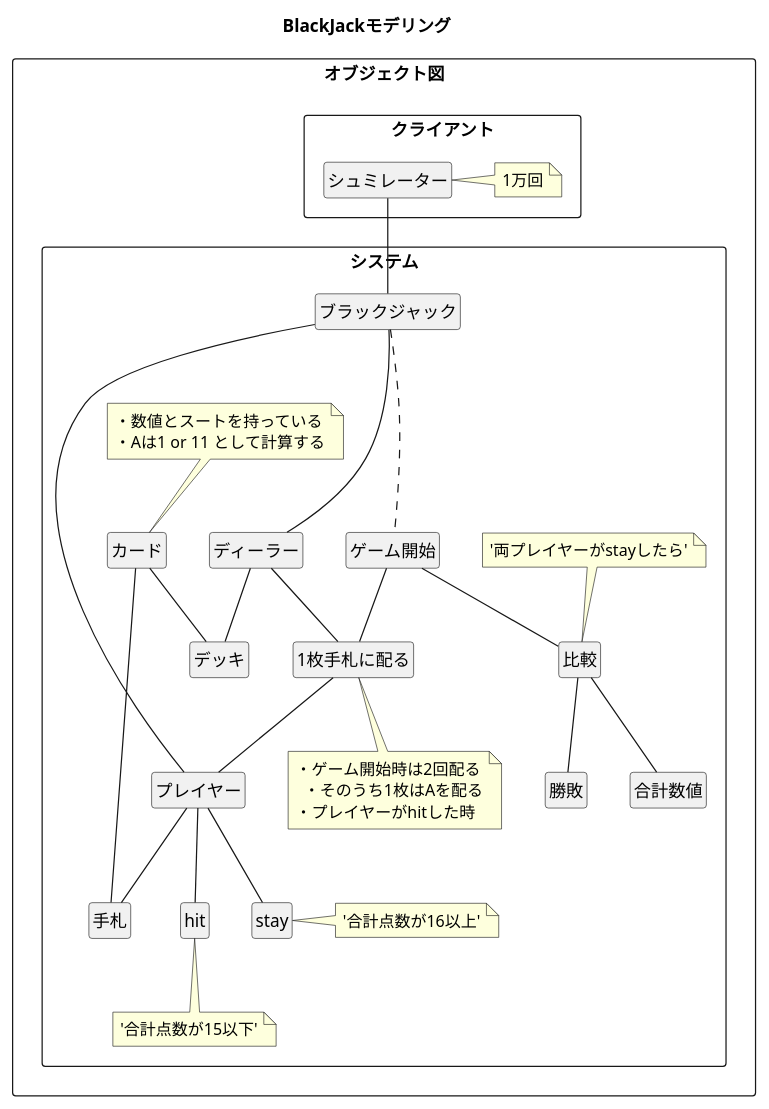
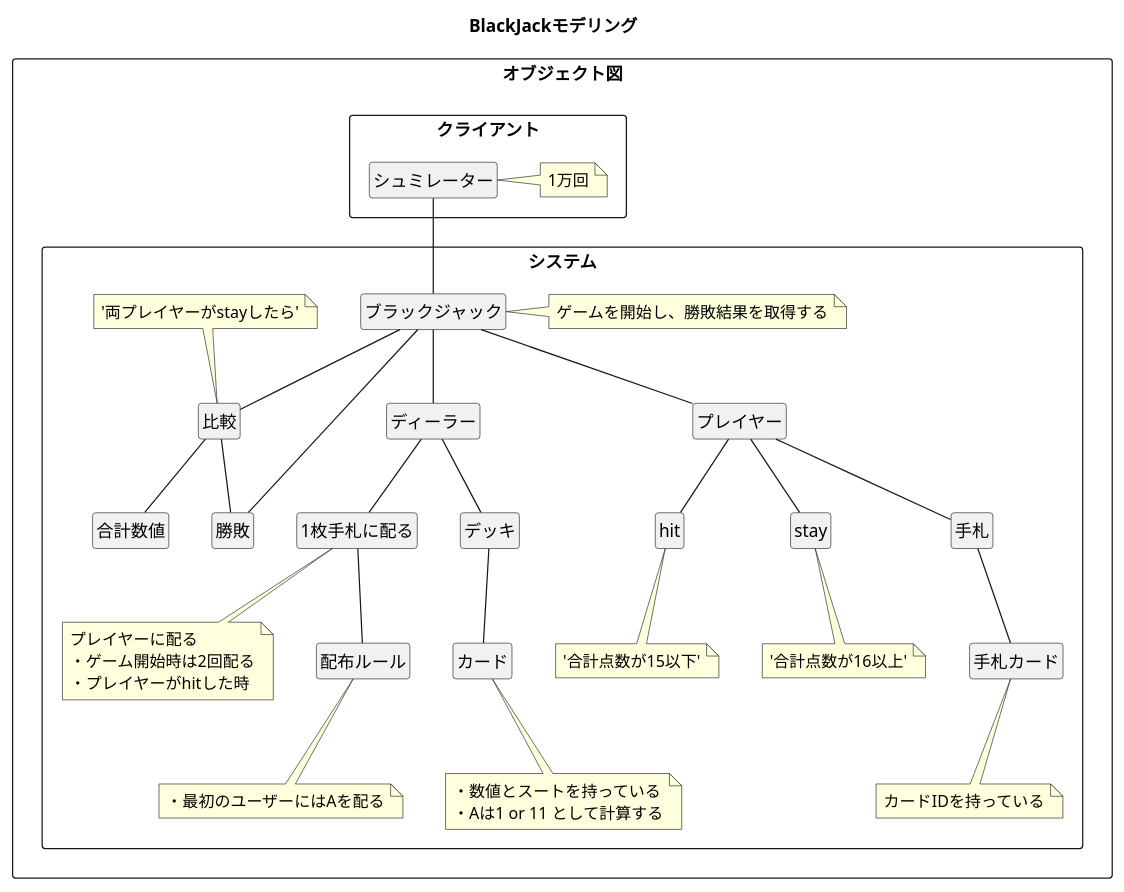
The diagram in 概念図.pu (yukimasa/blackjack), drawn with PlantUML before and after one commit. The commit also changed 3 other files, not shown here.

Commit message:
fix: 概念図とクラス図の修正 ver3

```diff
--- a/概念図.pu
+++ b/概念図.pu
@@ -1,62 +1,73 @@
 @startuml
 ' left to right direction
 title BlackJackモデリング
 
 hide empty circle
 hide empty members
 
 rectangle オブジェクト図 {
   rectangle クライアント {
     class シュミレーター
     note right: 1万回
   }
 
   rectangle システム {
     class ブラックジャック
+    note right of ブラックジャック
+      ゲームを開始し、勝敗結果を取得する
+    endnote
     class ディーラー
     class プレイヤー
     class デッキ
+    class カード
+    note bottom of カード
+      ・数値とスートを持っている
+      ・Aは1 or 11 として計算する
+    endnote
     class 手札
-    class カード
-    note top: ・数値とスートを持っている\n・Aは1 or 11 として計算する
+    class 手札カード
+    note bottom of 手札カード
+      カードIDを持っている
+    endnote
     class hit
     note bottom: '合計点数が15以下'
     class stay
-    note right: '合計点数が16以上'
+    note bottom: '合計点数が16以上'
     class 合計数値
     class 比較
     note top: '両プレイヤーがstayしたら'
     class 勝敗
 
     class 1枚手札に配る
     note bottom of 1枚手札に配る
+      プレイヤーに配る
       ・ゲーム開始時は2回配る
-        ・そのうち1枚はAを配る
       ・プレイヤーがhitした時
     endnote
-    class ゲーム開始
+    class 配布ルール
+    note bottom of 配布ルール
+      ・最初のユーザーにはAを配る
+    endnote
   }
   シュミレーター -- ブラックジャック
-  ブラックジャック ... ゲーム開始
-  ブラックジャック -down- ディーラー
-  ブラックジャック -down- プレイヤー
-
-  ゲーム開始 -- 1枚手札に配る
-  ゲーム開始 -- 比較
+  ブラックジャック -- ディーラー
+  ブラックジャック -- プレイヤー
+  ブラックジャック -- 比較
+  ブラックジャック -- 勝敗
 
   比較 -- 勝敗
   比較 -- 合計数値
 
   プレイヤー -- 手札
   プレイヤー -- hit
   プレイヤー -- stay
 
   ディーラー -- デッキ
   ディーラー -- 1枚手札に配る
-  1枚手札に配る -- プレイヤー
+  1枚手札に配る -- 配布ルール
 
-  カード -- 手札
-  カード -- デッキ
+  手札カード -up- 手札
+  カード -up- デッキ
 }
 
 @enduml
```
